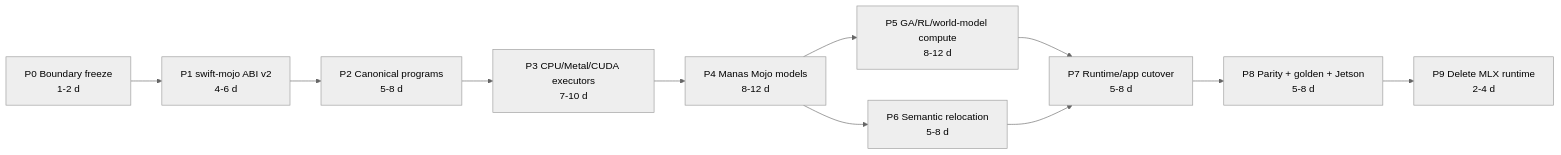
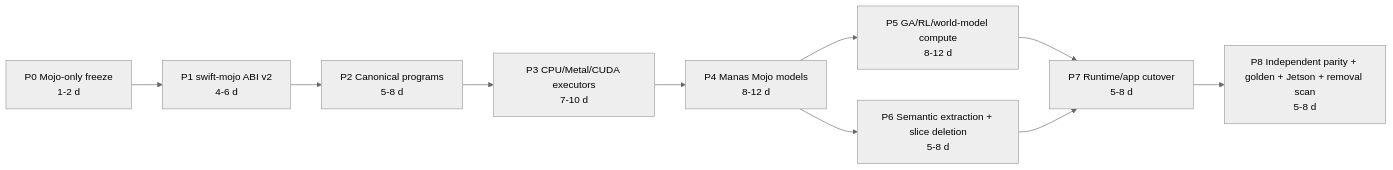
One commit to 1amageek/kuyu changed the second of 3 diagrams in MOJO_MIGRATION.md. Above: the diagram before and after it, drawn with Mermaid (neutral theme). The commit also changed other lines of this file and 3 other files, not shown here.

Commit message:
Adopt Mojo-only training architecture

````diff
--- a/MOJO_MIGRATION.md
+++ b/MOJO_MIGRATION.md
@@ -125,13 +134,12 @@
 ```mermaid
 flowchart LR
-  P0["P0 Boundary freeze\n1-2 d"] --> P1["P1 swift-mojo ABI v2\n4-6 d"]
+  P0["P0 Mojo-only freeze\n1-2 d"] --> P1["P1 swift-mojo ABI v2\n4-6 d"]
   P1 --> P2["P2 Canonical programs\n5-8 d"]
   P2 --> P3["P3 CPU/Metal/CUDA executors\n7-10 d"]
   P3 --> P4["P4 Manas Mojo models\n8-12 d"]
   P4 --> P5["P5 GA/RL/world-model compute\n8-12 d"]
-  P4 --> P6["P6 Semantic relocation\n5-8 d"]
+  P4 --> P6["P6 Semantic extraction + slice deletion\n5-8 d"]
   P5 --> P7["P7 Runtime/app cutover\n5-8 d"]
   P6 --> P7
-  P7 --> P8["P8 Parity + golden + Jetson\n5-8 d"]
-  P8 --> P9["P9 Delete MLX runtime\n2-4 d"]
+  P7 --> P8["P8 Independent parity + golden + Jetson + removal scan\n5-8 d"]
 ```
````
